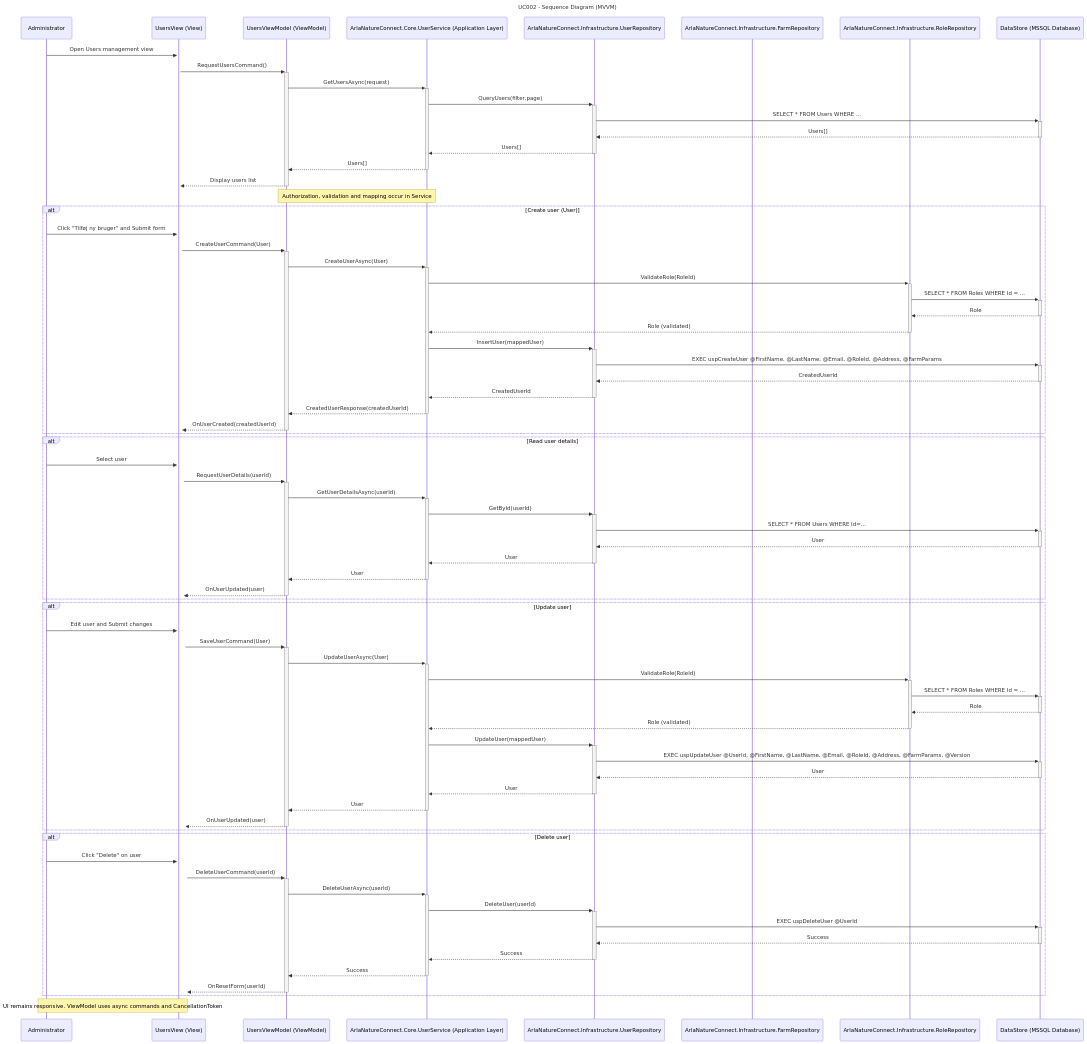
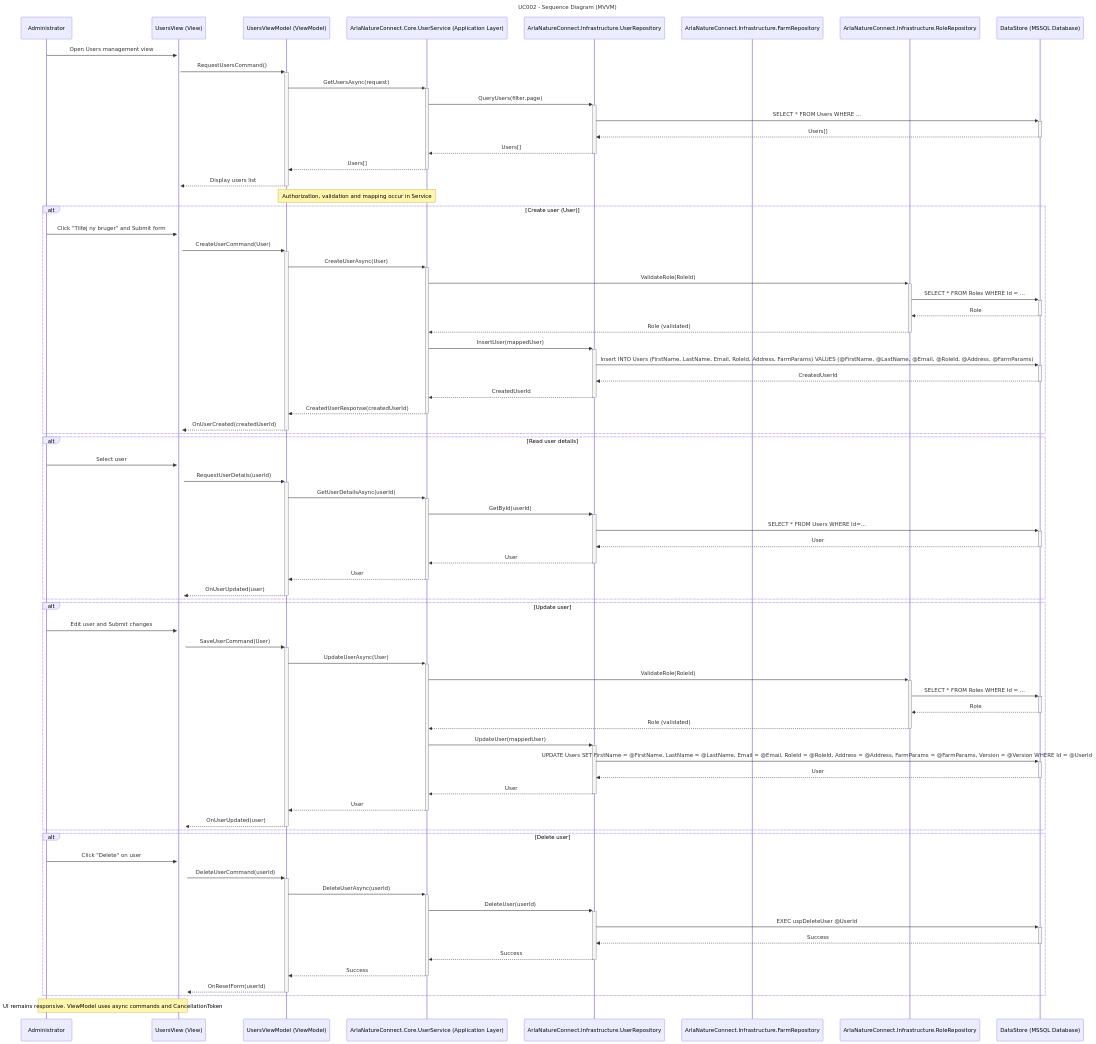
One commit to DMOoF25-TEAM11/ArlaNatureConnect changed the second of 5 diagrams in docs/UseCase002-AdministrateFarmsAndUsers/UC002-Artifacts.md. Above: the diagram before and after it, drawn with Mermaid. The commit also changed other lines of this file and 2 other files, not shown here.

```diff
--- a/docs/UseCase002-AdministrateFarmsAndUsers/UC002-Artifacts.md
+++ b/docs/UseCase002-AdministrateFarmsAndUsers/UC002-Artifacts.md
@@ -317,7 +317,7 @@
     Store-->>-RoleRepo: Role
     RoleRepo-->>-Service: Role (validated)
     Service->>+UserRepo: InsertUser(mappedUser)
-    UserRepo->>+Store: EXEC uspCreateUser @FirstName, @LastName, @Email, @RoleId, @Address, @FarmParams
+    UserRepo->>+Store: Insert INTO Users (FirstName, LastName, Email, RoleId, Address, FarmParams) VALUES (@FirstName, @LastName, @Email, @RoleId, @Address, @FarmParams)
     Store-->>-UserRepo: CreatedUserId
     UserRepo-->>-Service: CreatedUserId
     Service-->>-VM: CreatedUserResponse(createdUserId)
@@ -345,7 +345,7 @@
     Store-->>-RoleRepo: Role
     RoleRepo-->>-Service: Role (validated)
     Service->>+UserRepo: UpdateUser(mappedUser)
-    UserRepo->>+Store: EXEC uspUpdateUser @UserId, @FirstName, @LastName, @Email, @RoleId, @Address, @FarmParams, @Version
+    UserRepo->>+Store: UPDATE Users SET FirstName = @FirstName, LastName = @LastName, Email = @Email, RoleId = @RoleId, Address = @Address, FarmParams = @FarmParams, Version = @Version WHERE Id = @UserId
     Store-->>-UserRepo: User
     UserRepo-->>-Service: User
     Service-->>-VM: User
```
